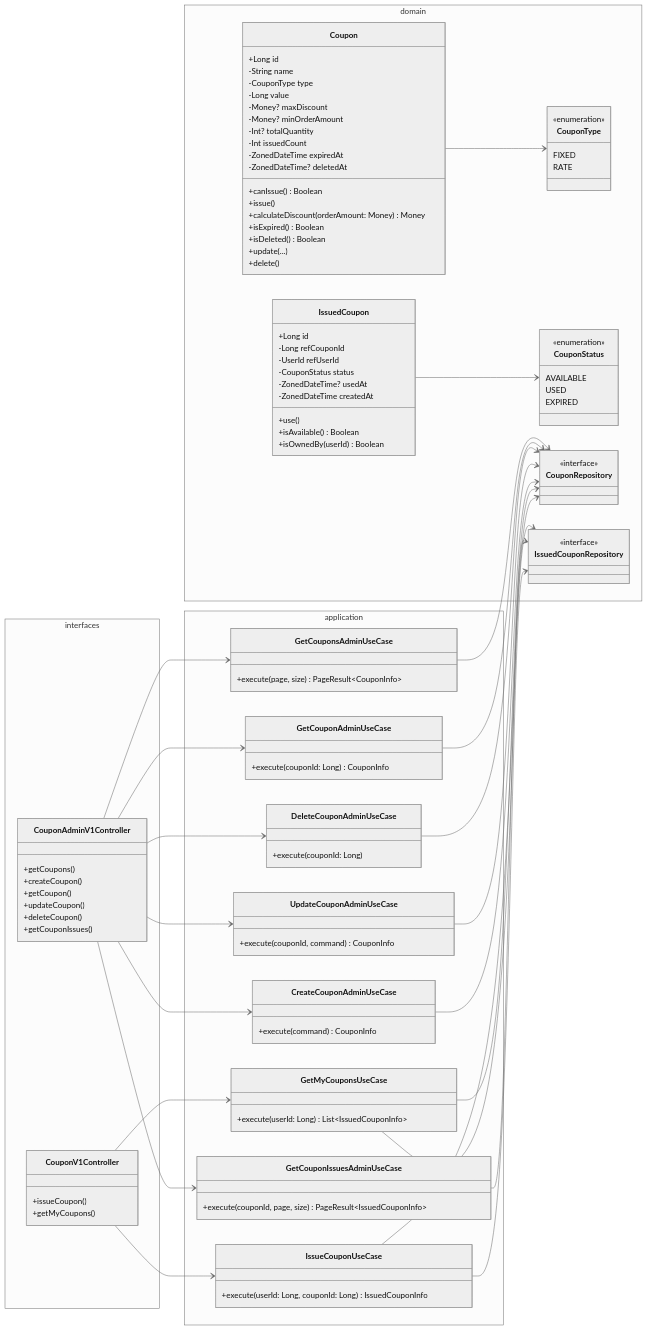
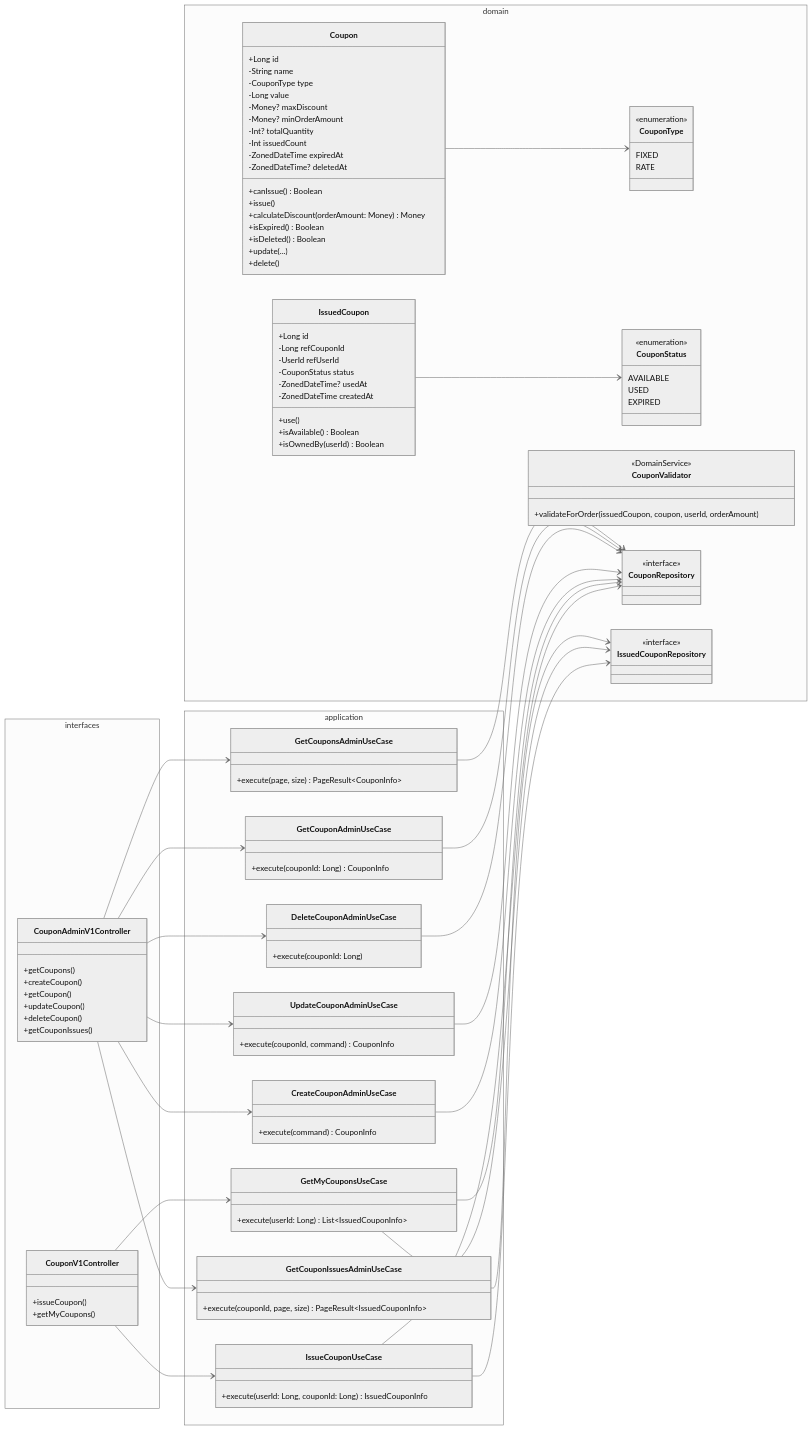
Before and after one commit to Loopers-dev-lab/loop-pack-be-l2-vol3-kotlin: the sixth of 8 diagrams in docs/design/03-class-diagram.md, drawn with Mermaid (neutral theme). The commit also changed other lines of this file and 5 other files, not shown here.

```diff
--- a/docs/design/03-class-diagram.md
+++ b/docs/design/03-class-diagram.md
@@ -623,6 +617,10 @@
             USED
             EXPIRED
         }
+        class CouponValidator {
+            <<DomainService>>
+            +validateForOrder(issuedCoupon, coupon, userId, orderAmount)
+        }
         class CouponRepository {
             <<interface>>
         }
```
